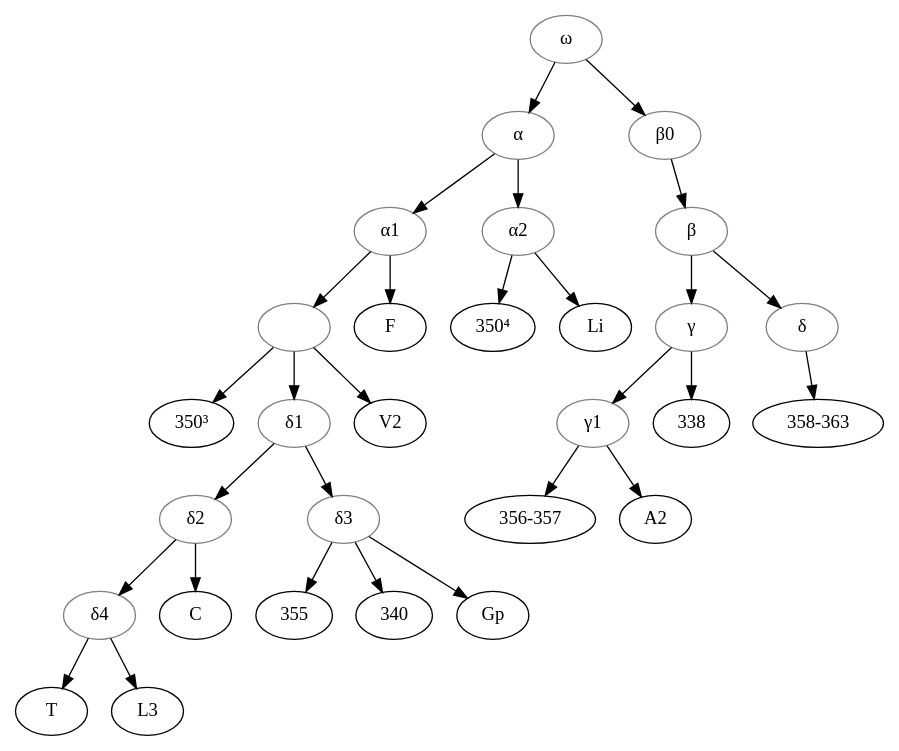
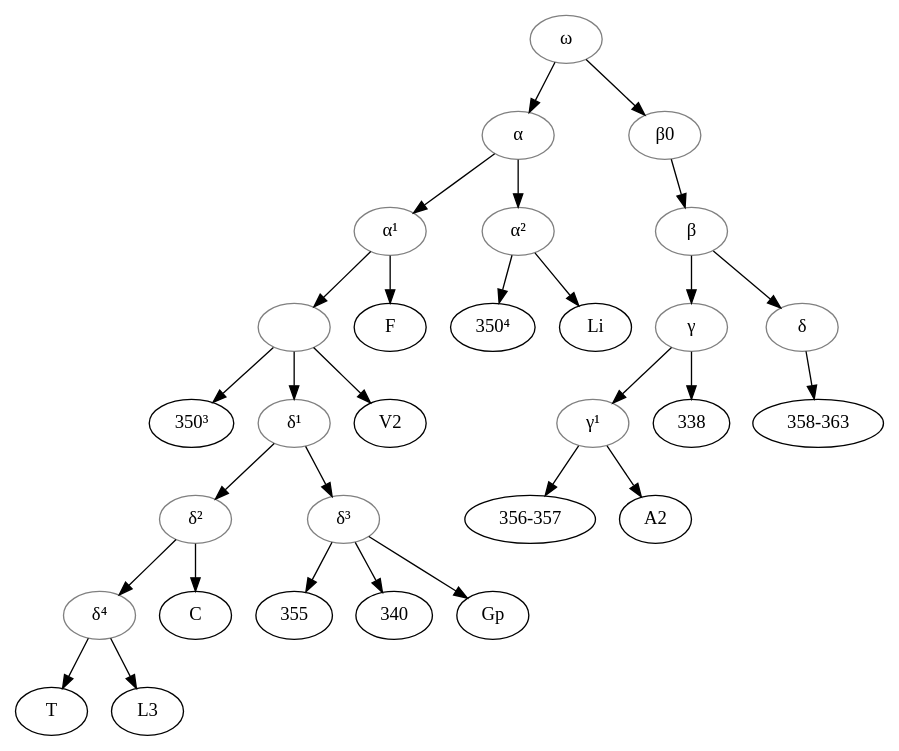
Before and after one commit to OpenStemmata/database: the diagram in data/fro/LeonardiTrachsler_2021_Meliadus2/stemma.gv, drawn with Graphviz. The commit also changed 12 other files, not shown here.

```diff
--- a/data/fro/LeonardiTrachsler_2021_Meliadus2/stemma.gv
+++ b/data/fro/LeonardiTrachsler_2021_Meliadus2/stemma.gv
@@ -1,51 +1,51 @@
 digraph {
 alpha[label="α", color="grey"];
-alpha1[label="α1", color="grey"]; 
+alpha1[label="α¹", color="grey"]; 
 1[label="", color="grey"];  
-alpha2[label="α2", color="grey"];  
+alpha2[label="α²", color="grey"];  
 beta[label="β", color="grey"];
 betaZero[label="β0", color="grey"];
 gamma[label="γ", color="grey"];
-gamma1[label="γ1", color="grey"];
+gamma1[label="γ¹", color="grey"];
 3503[label="350³"]
 3504[label="350⁴"]
 delta[label="δ", color="grey"]
-delta1[label="δ1", color="grey"];
-delta2[label="δ2", color="grey"];
-delta3[label="δ3", color="grey"];
-delta4[label="δ4", color="grey"];
+delta1[label="δ¹", color="grey"];
+delta2[label="δ²", color="grey"];
+delta3[label="δ³", color="grey"];
+delta4[label="δ⁴", color="grey"];
 omega[label="ω", color="grey"];
 356[label="356-357"]
 358[label="358-363"]
 
 omega->alpha;
 alpha->alpha1;
 
 alpha1->F;
 alpha1->1;
 1->delta1;
 delta1->delta2;
 delta2->C;
 delta2->delta4;
 delta4->T;
 delta4->L3;
 delta1->delta3;
 delta3->355;
 delta3->340;
 delta3->Gp;
 1->3503;
 1->V2;
 alpha->alpha2;
 alpha2->3504;
 alpha2->Li;
 omega->betaZero;
 betaZero->beta;
 beta->gamma;
 gamma->338;
 gamma->gamma1;
 gamma1->356;
 gamma1->A2;
 beta->delta;
 delta->358;
 
 }
```
